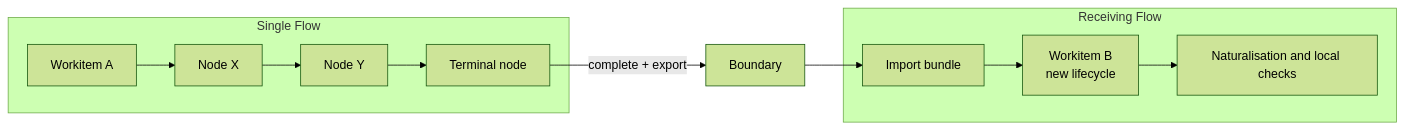
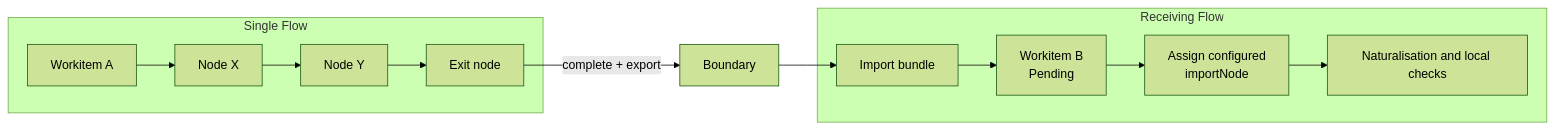
The third of 3 diagrams in 02-flow/00-overview.md (really-knows-ai/gideas), drawn with Mermaid (forest theme) before and after one commit. The commit also changed other lines of this file and 11 other files, not shown here.

````diff
--- a/02-flow/00-overview.md
+++ b/02-flow/00-overview.md
@@ -143,15 +144,16 @@
 ```mermaid
 flowchart LR
     subgraph Local["Single Flow"]
-        W1["Workitem A"] --> N1["Node X"] --> N2["Node Y"] --> T1["Terminal node"]
+        W1["Workitem A"] --> N1["Node X"] --> N2["Node Y"] --> T1["Exit node"]
     end
 
     T1 -->|"complete + export"| BND["Boundary"]
 
     subgraph Remote["Receiving Flow"]
-        IMP["Import bundle"] --> W2["Workitem B<br/>new lifecycle"]
-        W2 --> NAT["Naturalisation and local checks"]
+        IMP["Import bundle"] --> W2["Workitem B<br/>Pending"]
+        W2 --> IN["Assign configured<br/>importNode"]
+        IN --> NAT["Naturalisation and local checks"]
     end
 
     BND --> IMP
 ```
````
